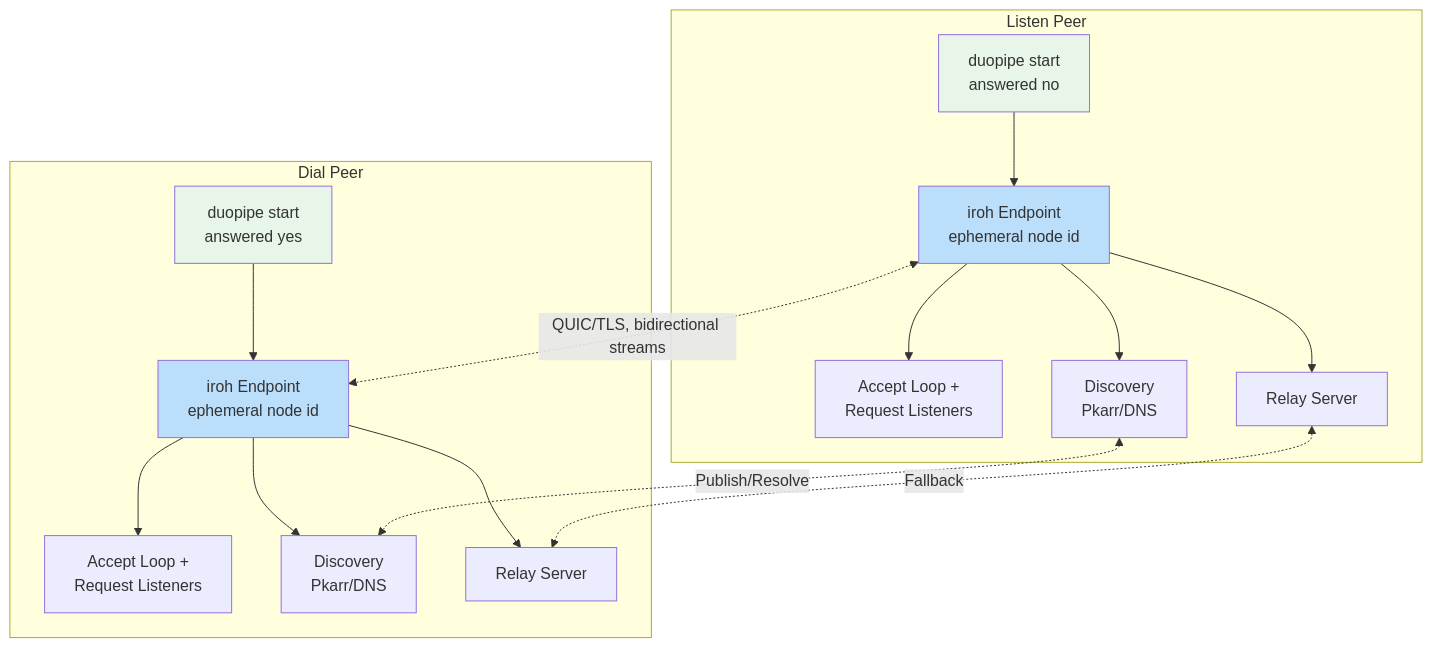
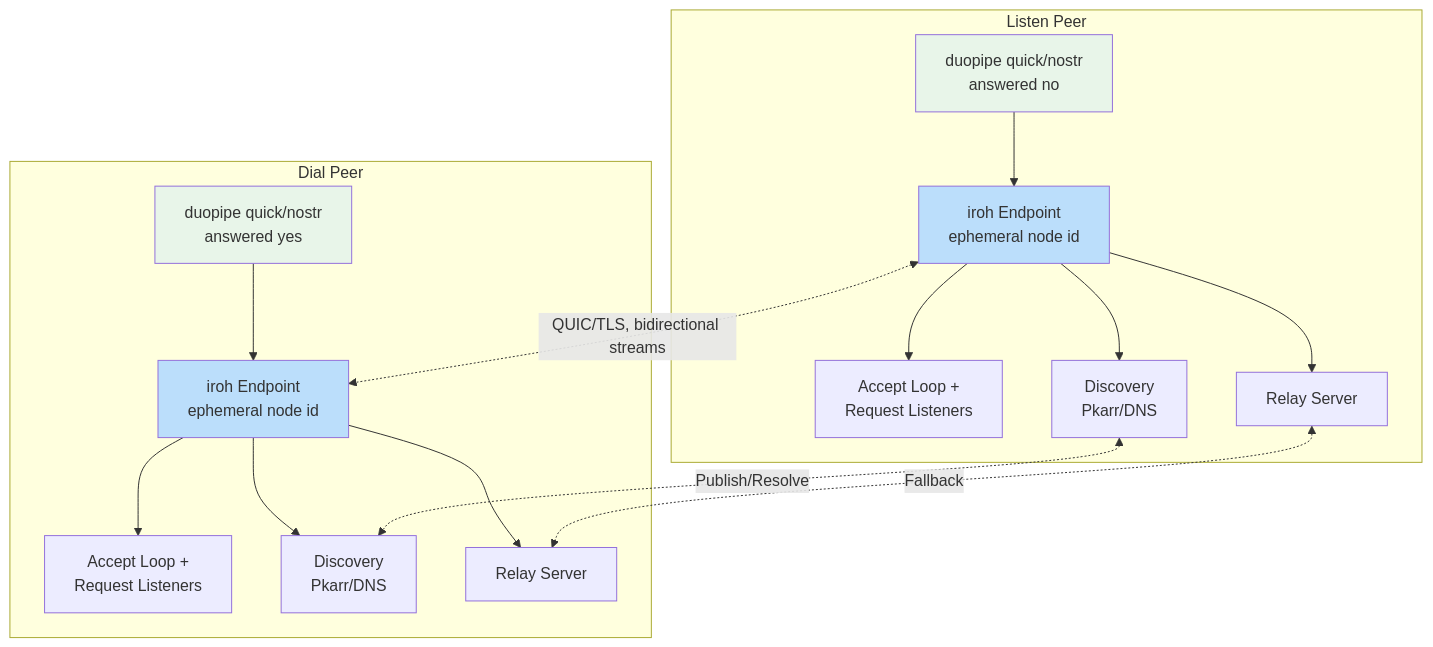
Before and after one commit to andrewtheguy/duopipe: the fifth of 24 diagrams in docs/ARCHITECTURE.md, drawn with Mermaid. The commit also changed other lines of this file and 4 other files, not shown here.

Commit message:
feat: update documentation and code for new interactive modes (quick and nostr)

````diff
--- a/docs/ARCHITECTURE.md
+++ b/docs/ARCHITECTURE.md
@@ -164,37 +164,37 @@
 ```mermaid
 graph TB
     subgraph "Listen Peer"
-        A[duopipe start<br/>answered no]
+        A[duopipe quick/nostr<br/>answered no]
         B[iroh Endpoint<br/>ephemeral node id]
         C[Accept Loop +<br/>Request Listeners]
         D[Discovery<br/>Pkarr/DNS]
         E[Relay Server]
     end
 
     subgraph "Dial Peer"
-        F[duopipe start<br/>answered yes]
+        F[duopipe quick/nostr<br/>answered yes]
         G[iroh Endpoint<br/>ephemeral node id]
         H[Accept Loop +<br/>Request Listeners]
         I[Discovery<br/>Pkarr/DNS]
         J[Relay Server]
     end
 
     A --> B
     B --> C
     B --> D
     B --> E
 
     F --> G
     G --> H
     G --> I
     G --> J
 
     B <-.QUIC/TLS, bidirectional streams.-> G
     D <-.Publish/Resolve.-> I
     E <-.Fallback.-> J
 
     style A fill:#E8F5E9
     style F fill:#E8F5E9
     style B fill:#BBDEFB
     style G fill:#BBDEFB
 ```
````
